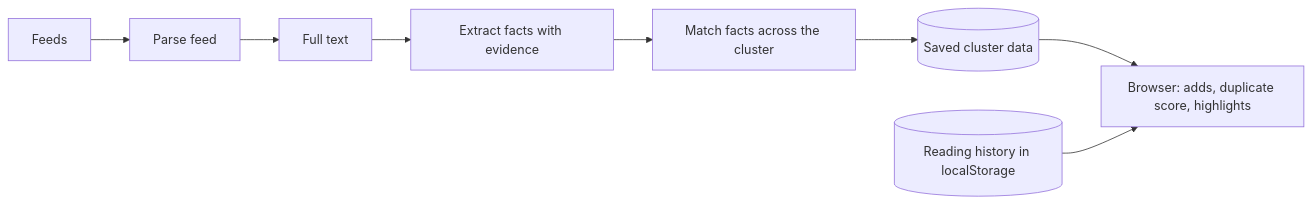
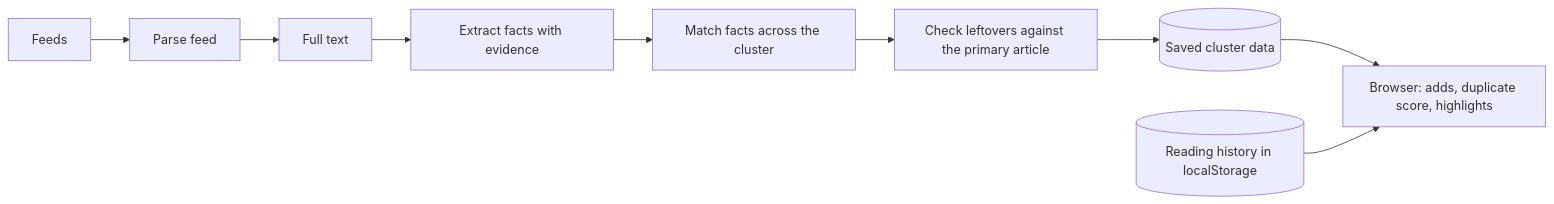
One commit to GaelCT/kiroween changed the diagram in .kiro/specs/comparison-pipeline/design.md. Above: the diagram before and after it, drawn with Mermaid. The commit also changed other lines of this file and 5 other files, not shown here.

````diff
--- a/.kiro/specs/comparison-pipeline/design.md
+++ b/.kiro/specs/comparison-pipeline/design.md
@@ -10,10 +10,11 @@
 ```mermaid
 flowchart LR
   feeds[Feeds] --> parse[Parse feed]
   parse --> text[Full text]
   text --> facts[Extract facts with evidence]
   facts --> match[Match facts across the cluster]
-  match --> saved[(Saved cluster data)]
+  match --> check[Check leftovers against the primary article]
+  check --> saved[(Saved cluster data)]
   saved --> compare[Browser: adds, duplicate score, highlights]
   history[(Reading history in localStorage)] --> compare
 ```
````
